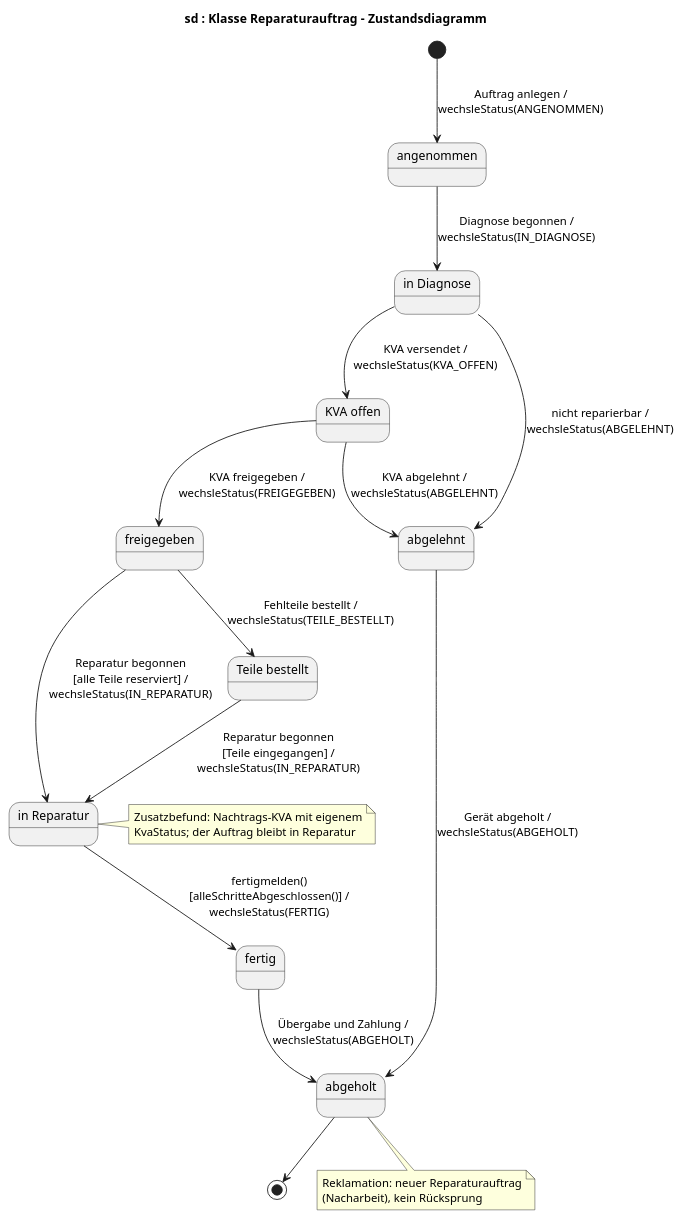
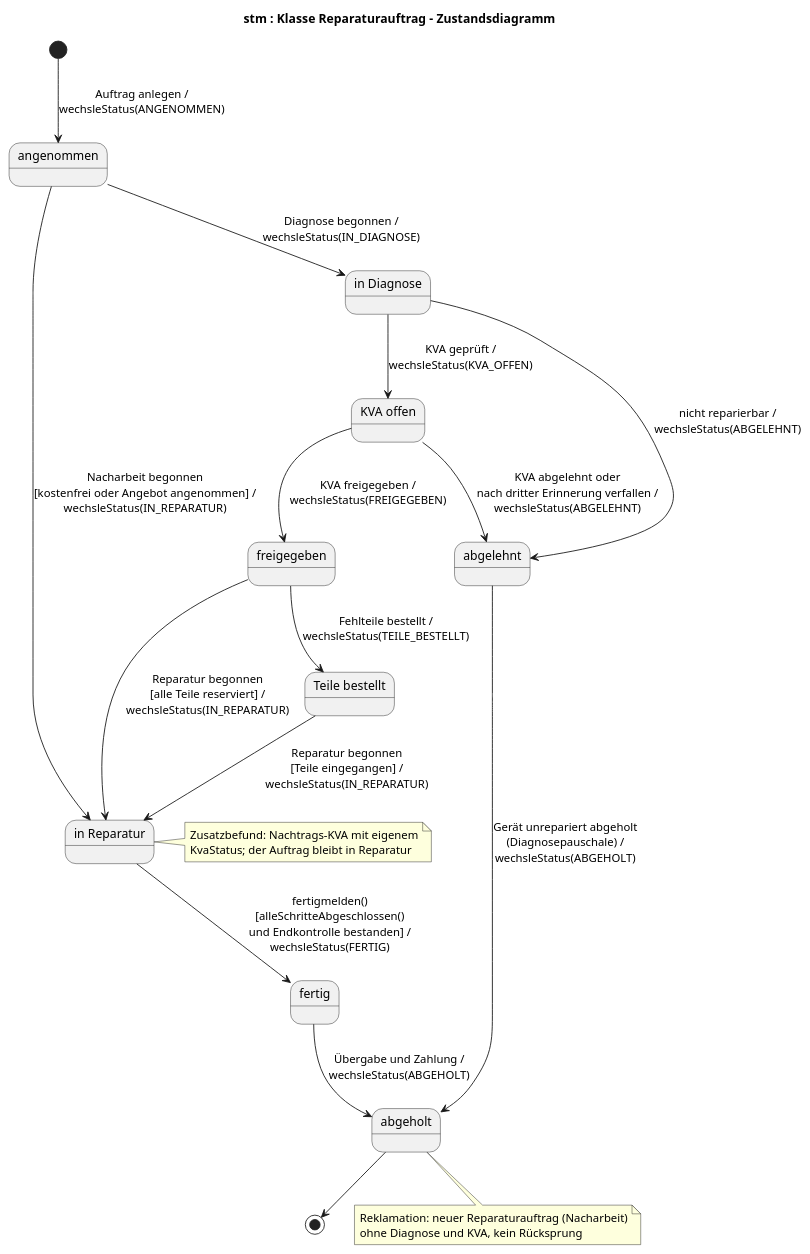
One commit to jakobschwan123-cmd/casestudy-semester-3 changed the diagram in uml/zustand-reparaturauftrag.puml. Above: the diagram before and after it, drawn with PlantUML. The commit also changed 75 other files, not shown here.

```diff
--- a/uml/zustand-reparaturauftrag.puml
+++ b/uml/zustand-reparaturauftrag.puml
@@ -1,34 +1,35 @@
 @startuml
-title sd : Klasse Reparaturauftrag – Zustandsdiagramm
+title stm : Klasse Reparaturauftrag – Zustandsdiagramm
 skinparam defaultFontName Arial
 state "angenommen" as angenommen
 state "in Diagnose" as inDiagnose
 state "KVA offen" as kvaOffen
 state "freigegeben" as freigegeben
 state "abgelehnt" as abgelehnt
 state "Teile bestellt" as teileBestellt
 state "in Reparatur" as inReparatur
 state "fertig" as fertig
 state "abgeholt" as abgeholt
 [*] --> angenommen : Auftrag anlegen /\nwechsleStatus(ANGENOMMEN)
 angenommen --> inDiagnose : Diagnose begonnen /\nwechsleStatus(IN_DIAGNOSE)
-inDiagnose --> kvaOffen : KVA versendet /\nwechsleStatus(KVA_OFFEN)
+inDiagnose --> kvaOffen : KVA geprüft /\nwechsleStatus(KVA_OFFEN)
 inDiagnose --> abgelehnt : nicht reparierbar /\nwechsleStatus(ABGELEHNT)
 kvaOffen --> freigegeben : KVA freigegeben /\nwechsleStatus(FREIGEGEBEN)
-kvaOffen --> abgelehnt : KVA abgelehnt /\nwechsleStatus(ABGELEHNT)
+kvaOffen --> abgelehnt : KVA abgelehnt oder\nnach dritter Erinnerung verfallen /\nwechsleStatus(ABGELEHNT)
 freigegeben --> teileBestellt : Fehlteile bestellt /\nwechsleStatus(TEILE_BESTELLT)
 freigegeben --> inReparatur : Reparatur begonnen\n[alle Teile reserviert] /\nwechsleStatus(IN_REPARATUR)
 teileBestellt --> inReparatur : Reparatur begonnen\n[Teile eingegangen] /\nwechsleStatus(IN_REPARATUR)
-inReparatur --> fertig : fertigmelden()\n[alleSchritteAbgeschlossen()] /\nwechsleStatus(FERTIG)
+angenommen --> inReparatur : Nacharbeit begonnen\n[kostenfrei oder Angebot angenommen] /\nwechsleStatus(IN_REPARATUR)
+inReparatur --> fertig : fertigmelden()\n[alleSchritteAbgeschlossen()\nund Endkontrolle bestanden] /\nwechsleStatus(FERTIG)
 fertig --> abgeholt : Übergabe und Zahlung /\nwechsleStatus(ABGEHOLT)
-abgelehnt --> abgeholt : Gerät abgeholt /\nwechsleStatus(ABGEHOLT)
+abgelehnt --> abgeholt : Gerät unrepariert abgeholt\n(Diagnosepauschale) /\nwechsleStatus(ABGEHOLT)
 abgeholt --> [*]
 note right of inReparatur
   Zusatzbefund: Nachtrags-KVA mit eigenem
   KvaStatus; der Auftrag bleibt in Reparatur
 end note
 note bottom of abgeholt
-  Reklamation: neuer Reparaturauftrag
-  (Nacharbeit), kein Rücksprung
+  Reklamation: neuer Reparaturauftrag (Nacharbeit)
+  ohne Diagnose und KVA, kein Rücksprung
 end note
 @enduml
```
